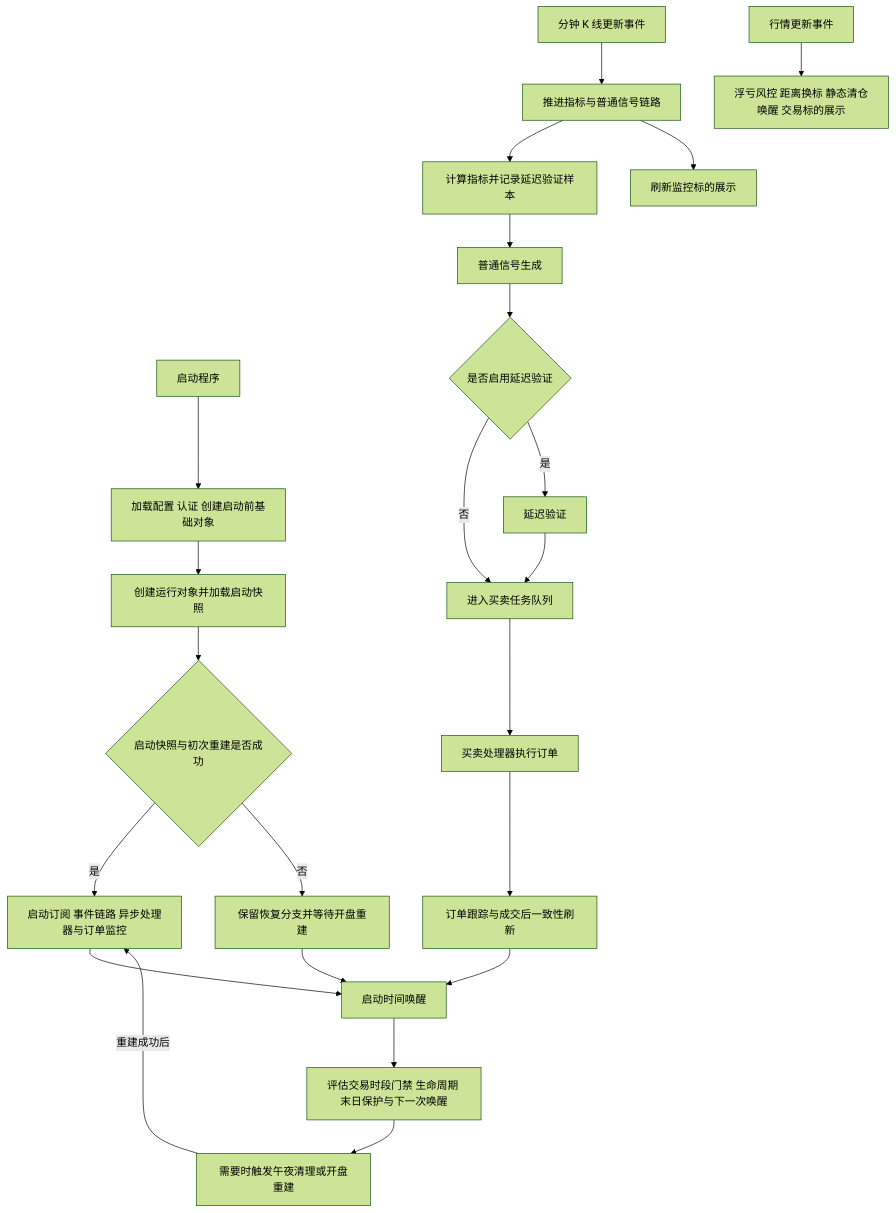
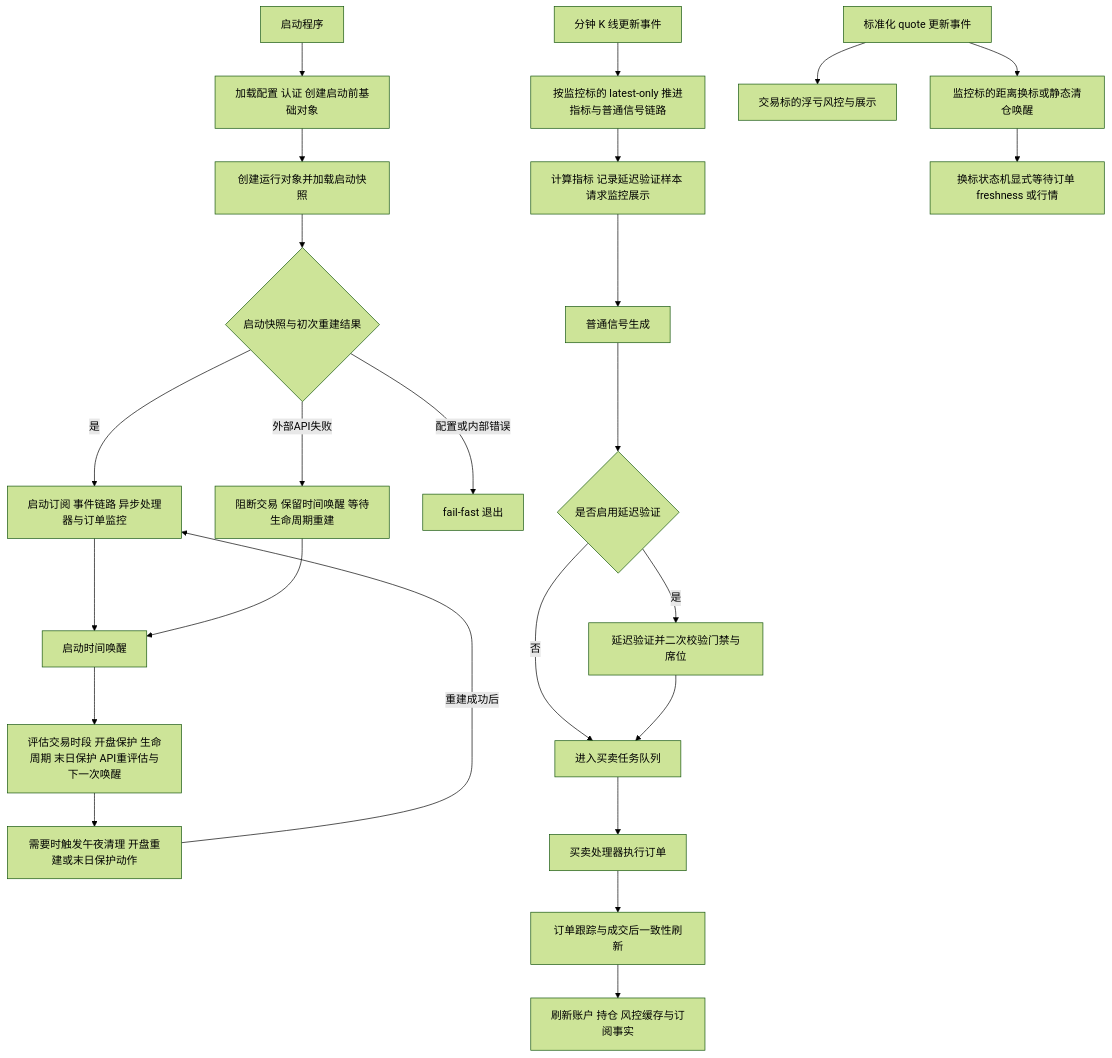
One commit to zhengyongjie16/Longbridge-Quantitative-Trading changed the diagram in README.md. Above: the diagram before and after it, drawn with Mermaid (forest theme). The commit also changed other lines of this file and 18 other files, not shown here.

````diff
--- a/README.md
+++ b/README.md
@@ -190,27 +192,29 @@
 ```mermaid
 flowchart TD
     A[启动程序] --> B[加载配置 认证 创建启动前基础对象]
     B --> C[创建运行对象并加载启动快照]
-    C --> D{启动快照与初次重建是否成功}
+    C --> D{启动快照与初次重建结果}
     D -- 是 --> E[启动订阅 事件链路 异步处理器与订单监控]
-    D -- 否 --> F[保留恢复分支并等待开盘重建]
+    D -- 外部API失败 --> F[阻断交易 保留时间唤醒 等待生命周期重建]
+    D -- 配置或内部错误 --> X[fail-fast 退出]
     E --> G[启动时间唤醒]
     F --> G
-    G --> H[评估交易时段门禁 生命周期 末日保护与下一次唤醒]
-    H --> I[需要时触发午夜清理或开盘重建]
+    G --> H[评估交易时段 开盘保护 生命周期 末日保护 API重评估与下一次唤醒]
+    H --> I[需要时触发午夜清理 开盘重建或末日保护动作]
     I -->|重建成功后| E
 
-    J[分钟 K 线更新事件] --> K[推进指标与普通信号链路]
-    K --> L[计算指标并记录延迟验证样本]
+    J[分钟 K 线更新事件] --> K[按监控标的 latest-only 推进指标与普通信号链路]
+    K --> L[计算指标 记录延迟验证样本 请求监控展示]
     L --> M[普通信号生成]
     M --> N{是否启用延迟验证}
     N -- 否 --> O[进入买卖任务队列]
-    N -- 是 --> P[延迟验证]
+    N -- 是 --> P[延迟验证并二次校验门禁与席位]
     P --> O
-    K --> Q[刷新监控标的展示]
 
-    R[行情更新事件] --> S[浮亏风控 距离换标 静态清仓唤醒 交易标的展示]
+    R[标准化 quote 更新事件] --> S[交易标的浮亏风控与展示]
+    R --> V[监控标的距离换标或静态清仓唤醒]
+    V --> W[换标状态机显式等待订单 freshness 或行情]
     O --> T[买卖处理器执行订单]
     T --> U[订单跟踪与成交后一致性刷新]
-    U --> G
+    U --> Z[刷新账户 持仓 风控缓存与订阅事实]
 ```
````
